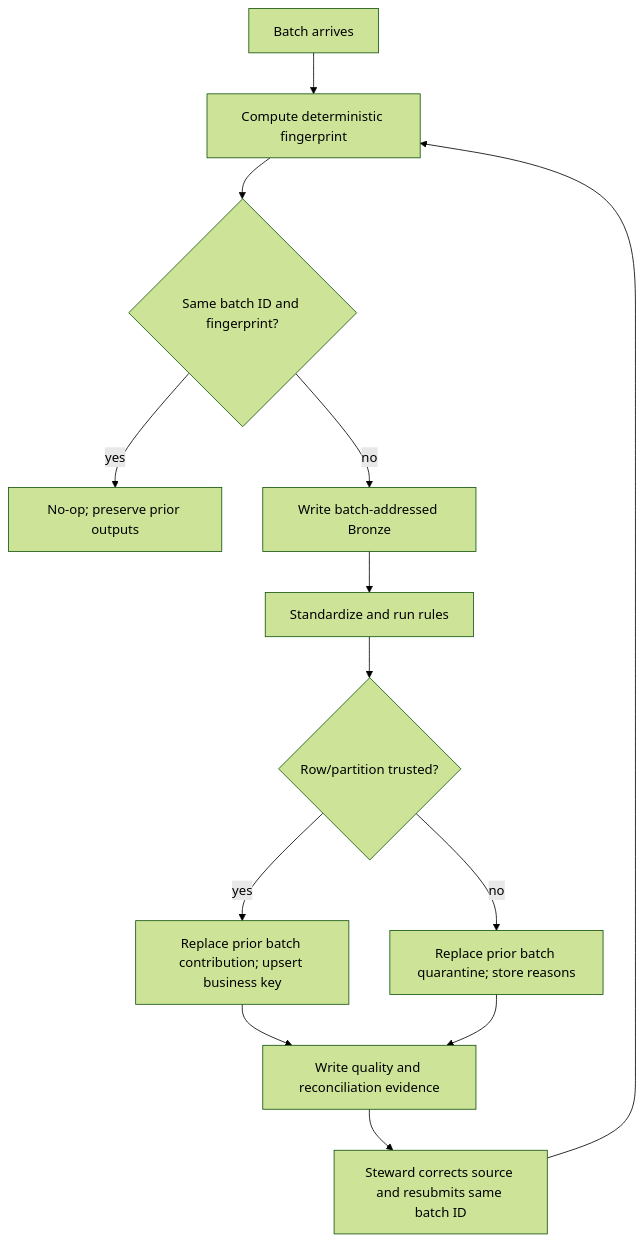
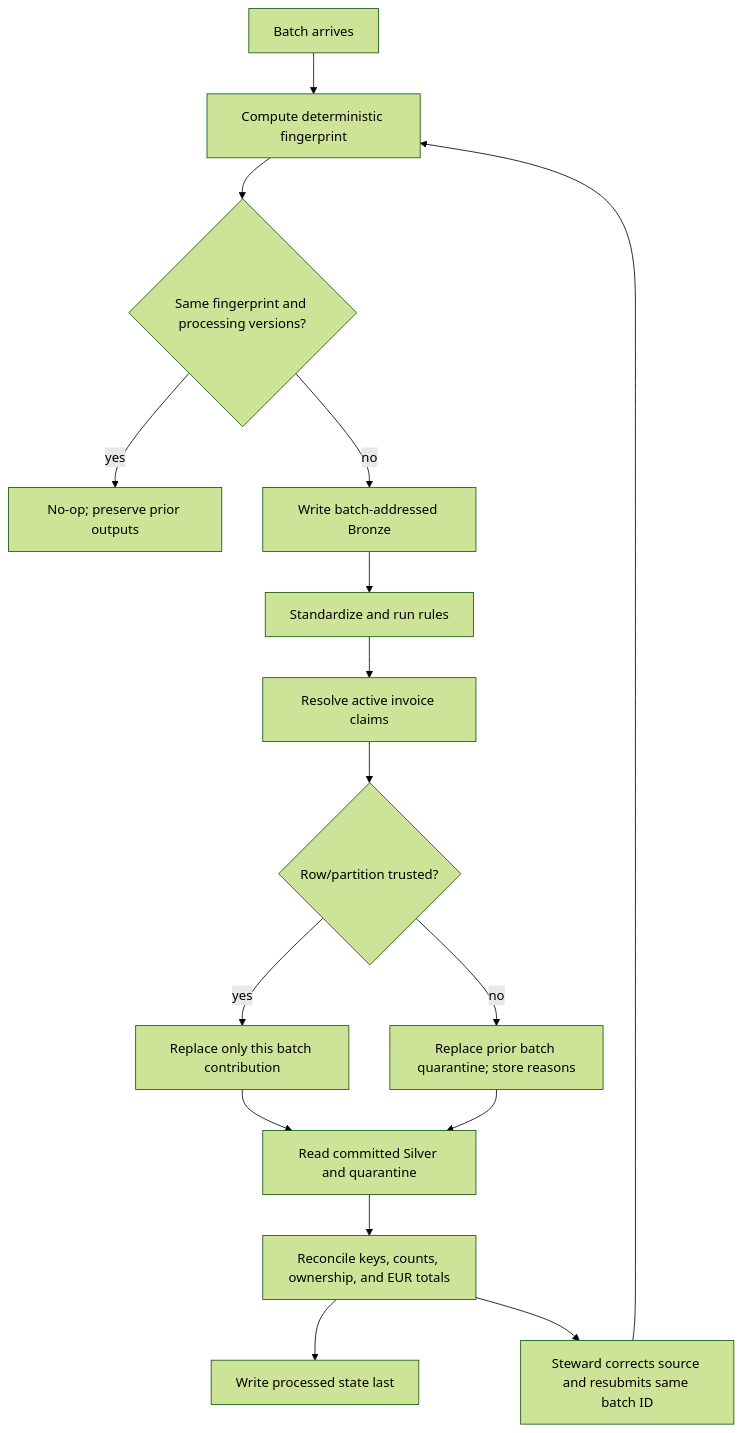
Before and after one commit to khanbelievable/Libra: the fifth of 5 diagrams in docs/ARCHITECTURE.md, drawn with Mermaid (forest theme). The commit also changed other lines of this file and 16 other files, not shown here.

````diff
--- a/docs/ARCHITECTURE.md
+++ b/docs/ARCHITECTURE.md
@@ -61,15 +61,18 @@
 ```mermaid
 flowchart TD
     Batch["Batch arrives"] --> Fingerprint["Compute deterministic fingerprint"]
-    Fingerprint --> Same{"Same batch ID and fingerprint?"}
+    Fingerprint --> Same{"Same fingerprint and processing versions?"}
     Same -->|yes| NoOp["No-op; preserve prior outputs"]
     Same -->|no| Bronze["Write batch-addressed Bronze"]
     Bronze --> Checks["Standardize and run rules"]
-    Checks --> Valid{"Row/partition trusted?"}
-    Valid -->|yes| Merge["Replace prior batch contribution; upsert business key"]
+    Checks --> Claims["Resolve active invoice claims"]
+    Claims --> Valid{"Row/partition trusted?"}
+    Valid -->|yes| Merge["Replace only this batch contribution"]
     Valid -->|no| Quarantine["Replace prior batch quarantine; store reasons"]
-    Merge --> Evidence["Write quality and reconciliation evidence"]
-    Quarantine --> Evidence
+    Merge --> Readback["Read committed Silver and quarantine"]
+    Quarantine --> Readback
+    Readback --> Evidence["Reconcile keys, counts, ownership, and EUR totals"]
+    Evidence --> State["Write processed state last"]
     Evidence --> Correct["Steward corrects source and resubmits same batch ID"]
     Correct --> Fingerprint
 ```
````
